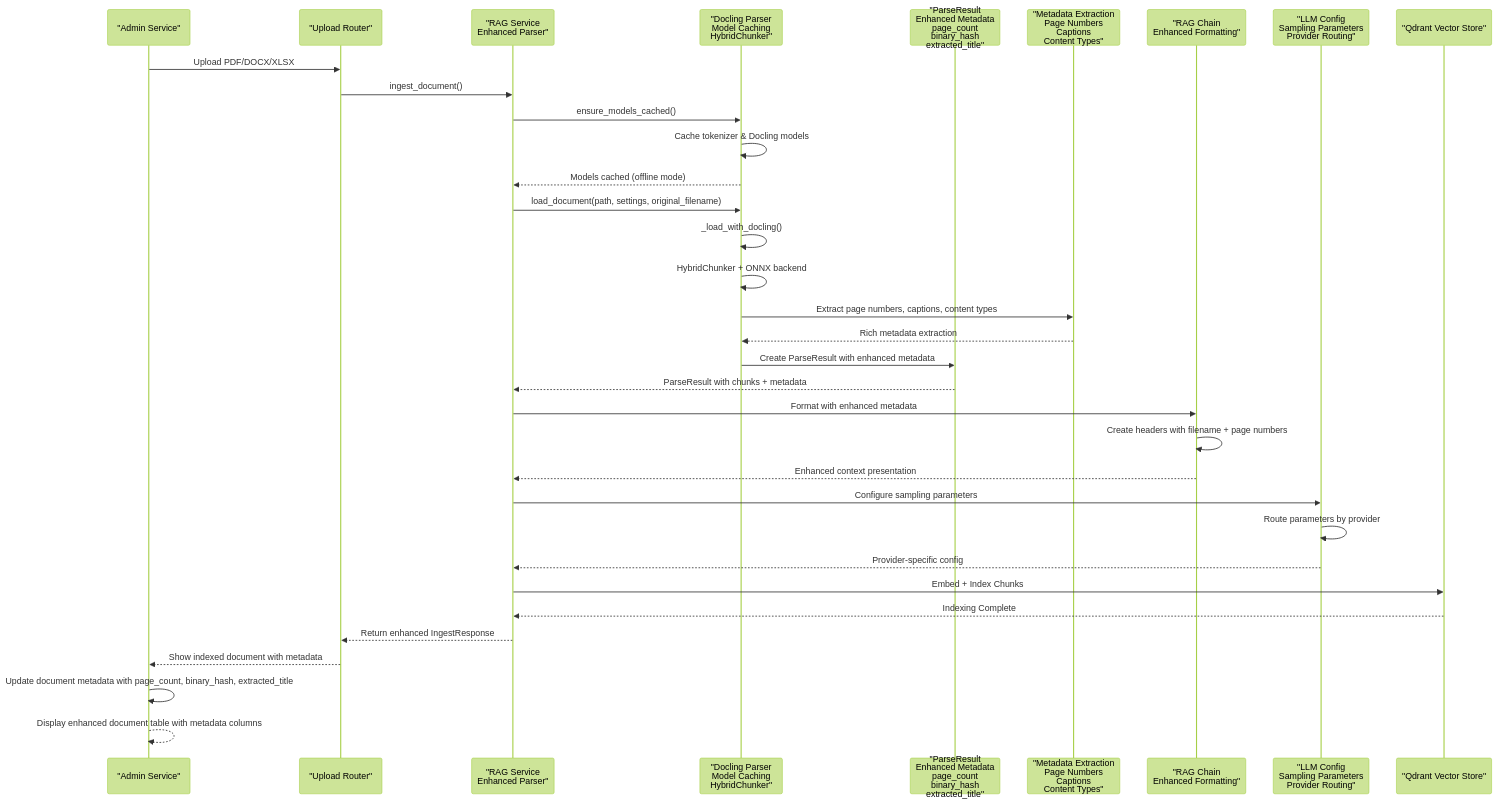
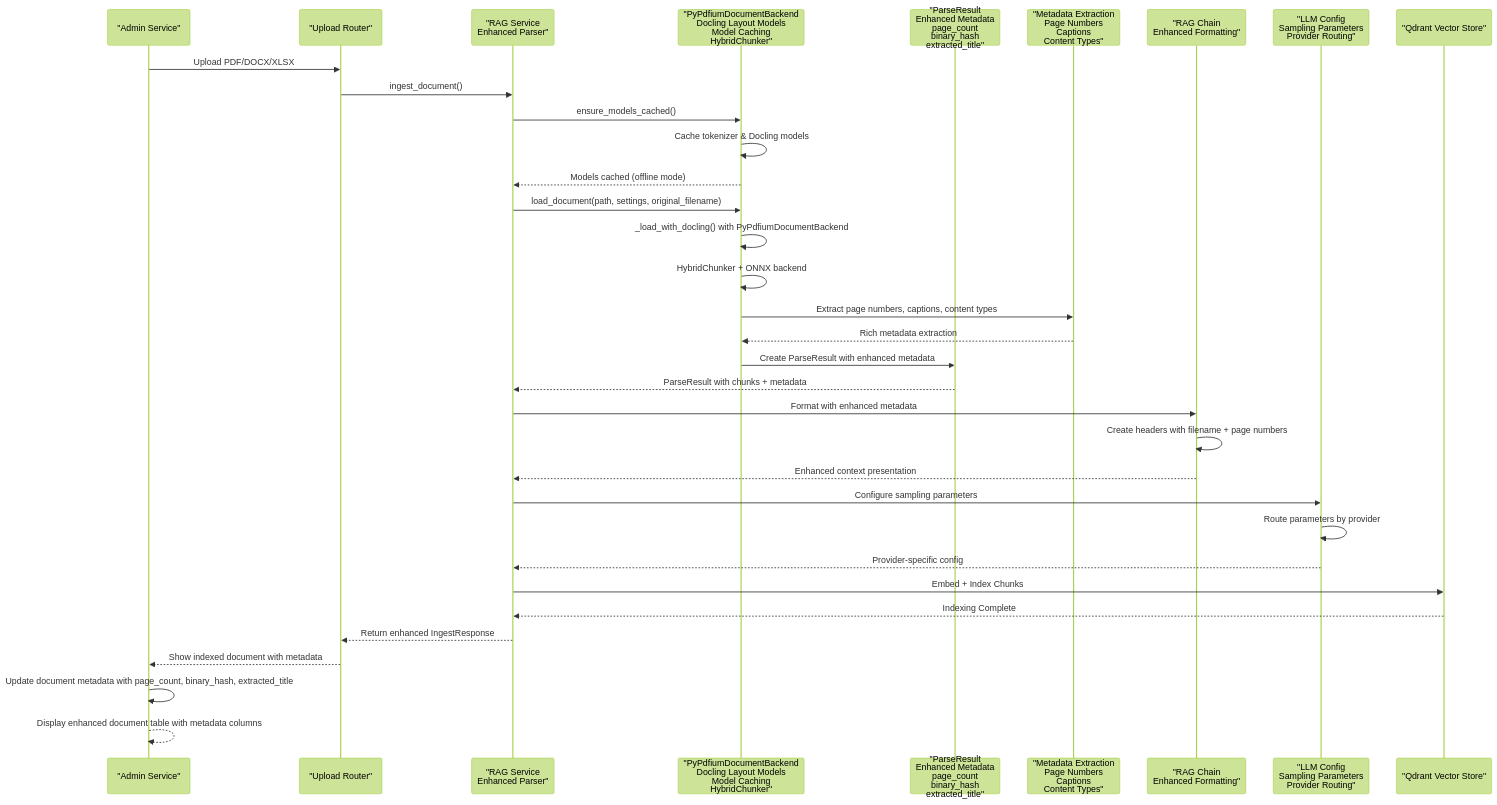
Before and after one commit to ognelis/cafetera_hr_bot: the second of 14 diagrams in .qoder/repowiki/en/content/RAG Integration/RAG Parser Enhancement.md, drawn with Mermaid (forest theme). The commit also changed other lines of this file and 12 other files, not shown here.

````diff
--- a/.qoder/repowiki/en/content/RAG Integration/RAG Parser Enhancement.md
+++ b/.qoder/repowiki/en/content/RAG Integration/RAG Parser Enhancement.md
@@ -222,36 +224,36 @@
 ```mermaid
 sequenceDiagram
 participant Admin as "Admin Service"
 participant Upload as "Upload Router"
 participant RAGService as "RAG Service<br/>Enhanced Parser"
-participant Parser as "Docling Parser<br/>Model Caching<br/>HybridChunker"
+participant Parser as "PyPdfiumDocumentBackend<br/>Docling Layout Models<br/>Model Caching<br/>HybridChunker"
 participant ParseResult as "ParseResult<br/>Enhanced Metadata<br/>page_count<br/>binary_hash<br/>extracted_title"
 participant Metadata as "Metadata Extraction<br/>Page Numbers<br/>Captions<br/>Content Types"
 participant RAGChain as "RAG Chain<br/>Enhanced Formatting"
 participant LLMConfig as "LLM Config<br/>Sampling Parameters<br/>Provider Routing"
 participant Qdrant as "Qdrant Vector Store"
 Admin->>Upload : Upload PDF/DOCX/XLSX
 Upload->>RAGService : ingest_document()
 RAGService->>Parser : ensure_models_cached()
 Parser->>Parser : Cache tokenizer & Docling models
 Parser-->>RAGService : Models cached (offline mode)
 RAGService->>Parser : load_document(path, settings, original_filename)
-Parser->>Parser : _load_with_docling()
+Parser->>Parser : _load_with_docling() with PyPdfiumDocumentBackend
 Parser->>Parser : HybridChunker + ONNX backend
 Parser->>Metadata : Extract page numbers, captions, content types
 Metadata-->>Parser : Rich metadata extraction
 Parser->>ParseResult : Create ParseResult with enhanced metadata
 ParseResult-->>RAGService : ParseResult with chunks + metadata
 RAGService->>RAGChain : Format with enhanced metadata
 RAGChain->>RAGChain : Create headers with filename + page numbers
 RAGChain-->>RAGService : Enhanced context presentation
 RAGService->>LLMConfig : Configure sampling parameters
 LLMConfig->>LLMConfig : Route parameters by provider
 LLMConfig-->>RAGService : Provider-specific config
 RAGService->>Qdrant : Embed + Index Chunks
 Qdrant-->>RAGService : Indexing Complete
 RAGService-->>Upload : Return enhanced IngestResponse
 Upload-->>Admin : Show indexed document with metadata
 Admin->>Admin : Update document metadata with page_count, binary_hash, extracted_title
 Admin-->>Admin : Display enhanced document table with metadata columns
 ```
````
